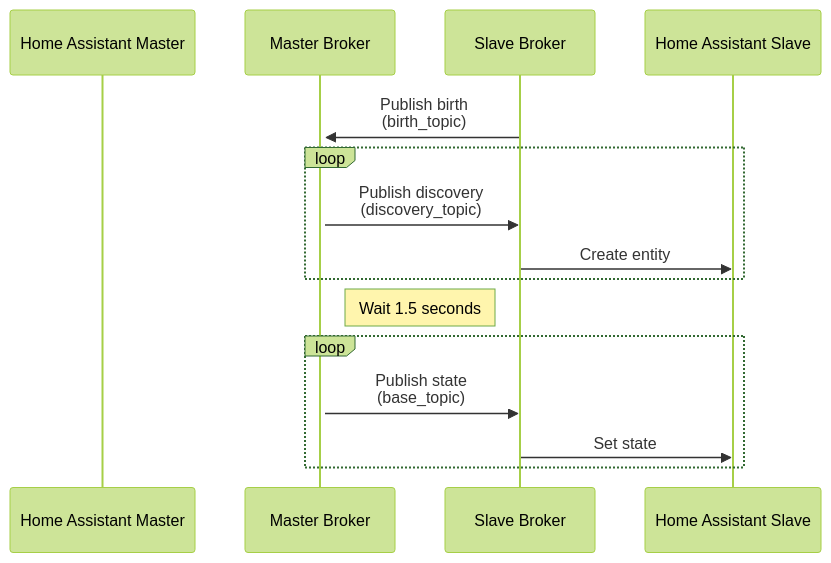
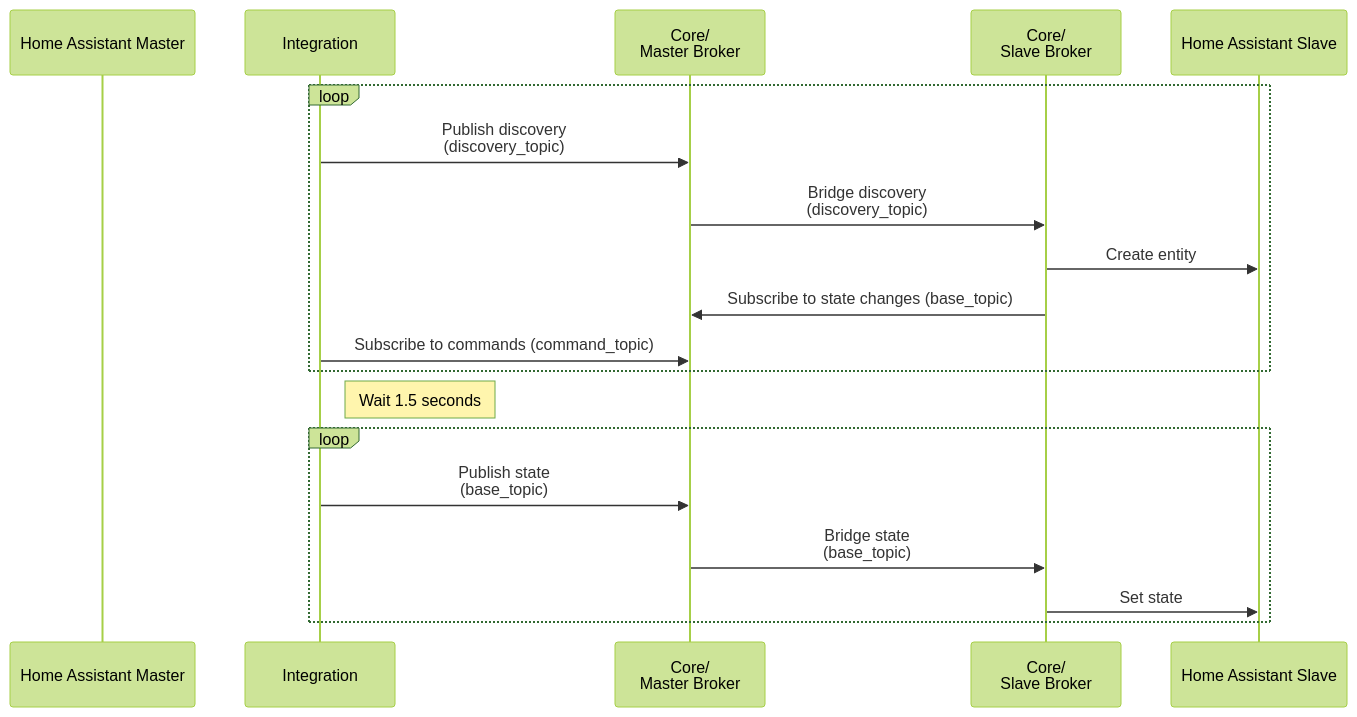
Before and after one commit to RogerSelwyn/mqtt_discoverystream_ha: the fourth of 4 diagrams in README.md, drawn with Mermaid (forest theme). The commit also changed other lines of this file, not shown here.

Commit message:
doc: Updated Mermaid diagrams with more detail

````diff
--- a/README.md
+++ b/README.md
@@ -196,17 +217,21 @@
 ```mermaid
 sequenceDiagram
 participant H as Home Assistant Master
-participant M as Master Broker
-participant S as Slave Broker
+participant I as Integration
+participant M as Core/<br/>Master Broker
+participant S as Core/<br/>Slave Broker
 participant R as Home Assistant Slave
-  S->>+M: Publish birth<br/>(birth_topic)
-  loop 
-    M->>S: Publish discovery<br/>(discovery_topic)
-    S->>R: Create entity
-  end
-note right of M: Wait 1.5 seconds
-  loop 
-    M->>S: Publish state<br/>(base_topic)
-    S->>R: Set state
-  end
+loop 
+  I->>M: Publish discovery<br/>(discovery_topic)
+  M->>S: Bridge discovery<br/>(discovery_topic)
+  S->>R: Create entity
+  S->>M: Subscribe to state changes (base_topic)
+  I->>M: Subscribe to commands (command_topic)
+end
+note right of I: Wait 1.5 seconds
+loop 
+  I->>M: Publish state<br/>(base_topic)
+  M->>S: Bridge state<br/>(base_topic)
+  S->>R: Set state
+end
 ```
````
